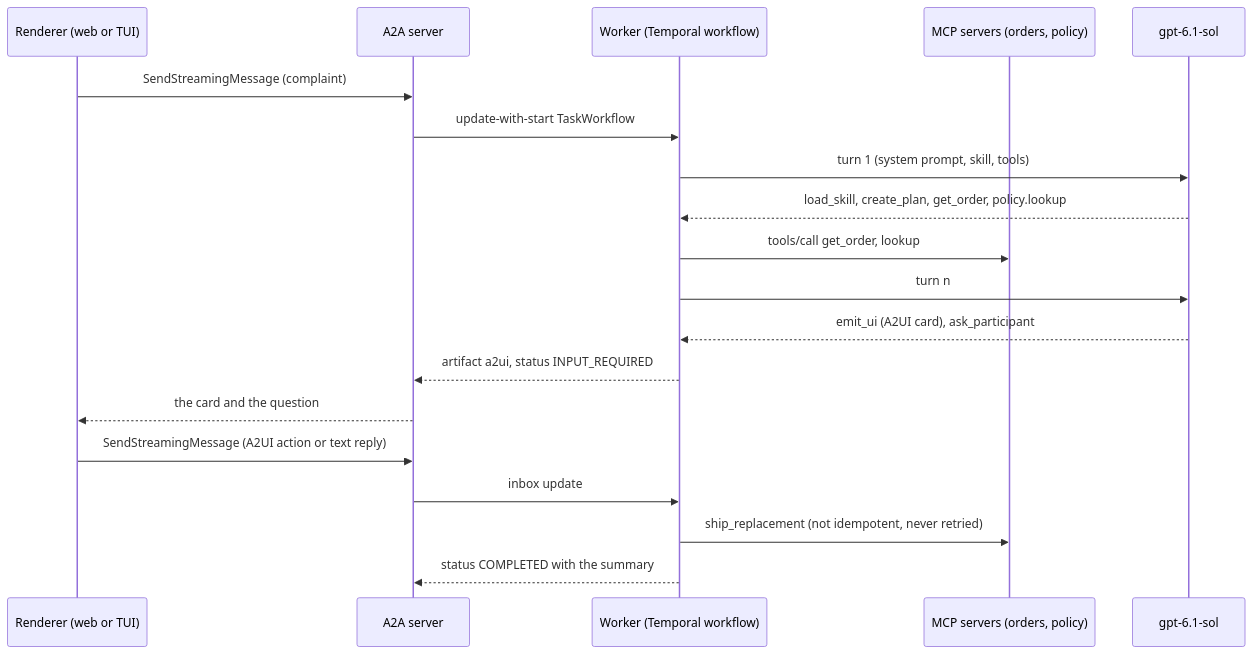
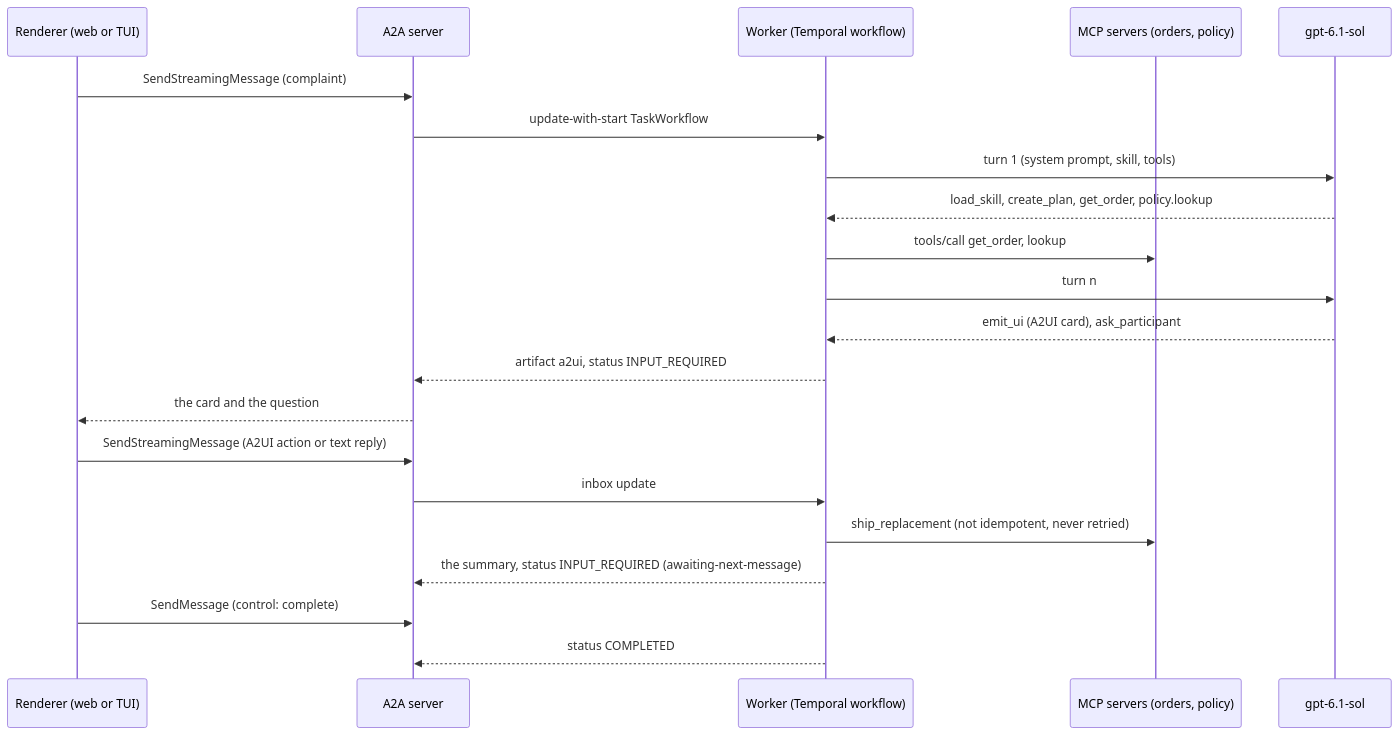
Before and after one commit to MadaraUchiha-314/tiny-harness: the second of 2 diagrams in docs/guide/getting-started.md, drawn with Mermaid. The commit also changed other lines of this file and 228 other files, not shown here.

````diff
--- a/docs/guide/getting-started.md
+++ b/docs/guide/getting-started.md
@@ -95,21 +167,23 @@
 ```mermaid
 sequenceDiagram
     participant R as Renderer (web or TUI)
     participant S as A2A server
     participant W as Worker (Temporal workflow)
     participant M as MCP servers (orders, policy)
     participant L as gpt-6.1-sol
     R->>S: SendStreamingMessage (complaint)
     S->>W: update-with-start TaskWorkflow
     W->>L: turn 1 (system prompt, skill, tools)
     L-->>W: load_skill, create_plan, get_order, policy.lookup
     W->>M: tools/call get_order, lookup
     W->>L: turn n
     L-->>W: emit_ui (A2UI card), ask_participant
     W-->>S: artifact a2ui, status INPUT_REQUIRED
     S-->>R: the card and the question
     R->>S: SendStreamingMessage (A2UI action or text reply)
     S->>W: inbox update
     W->>M: ship_replacement (not idempotent, never retried)
-    W-->>S: status COMPLETED with the summary
+    W-->>S: the summary, status INPUT_REQUIRED (awaiting-next-message)
+    R->>S: SendMessage (control: complete)
+    W-->>S: status COMPLETED
 ```
````
